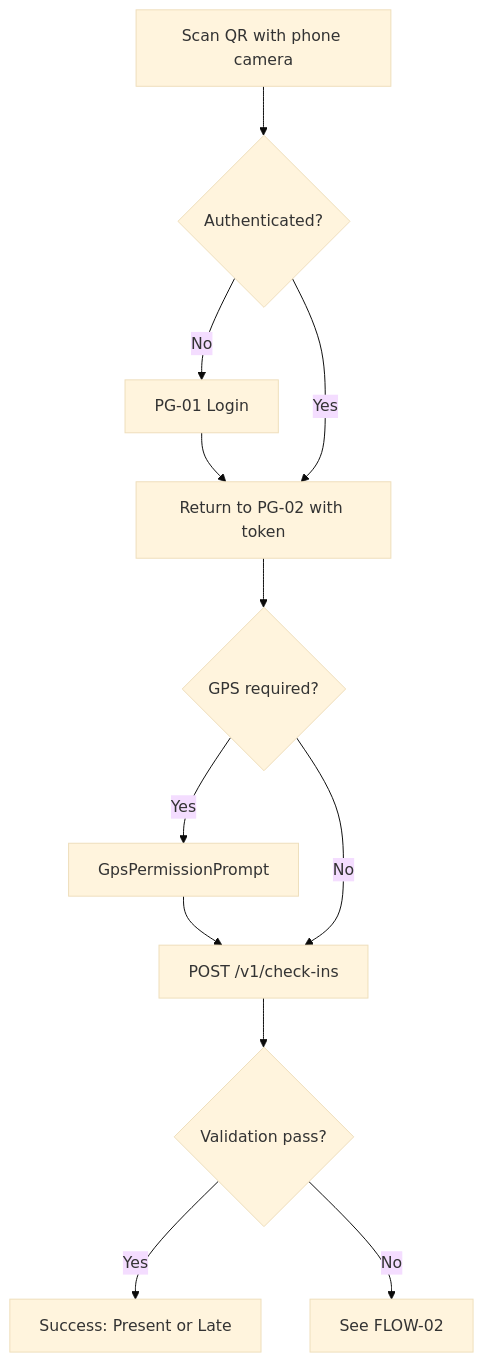
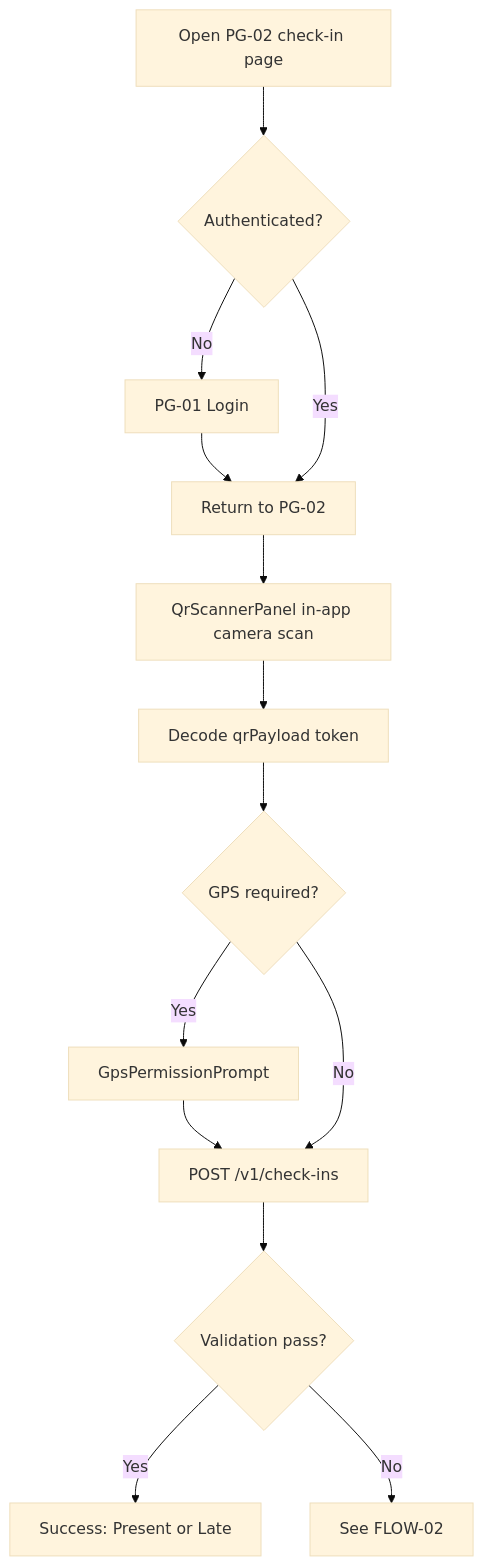
One commit to trannamtrung1st/ai-engineering-learning changed the first of 2 diagrams in projects/ai-harnessed_hesd/docs/ui-ux/10-user-flows.md. Above: the diagram before and after it, drawn with Mermaid (base theme). The commit also changed other lines of this file and 77 other files, not shown here.

````diff
--- a/projects/ai-harnessed_hesd/docs/ui-ux/10-user-flows.md
+++ b/projects/ai-harnessed_hesd/docs/ui-ux/10-user-flows.md
@@ -52,14 +52,16 @@
 ```mermaid
 flowchart TD
-  A[Scan QR with phone camera] --> B{Authenticated?}
+  A[Open PG-02 check-in page] --> B{Authenticated?}
   B -->|No| C[PG-01 Login]
-  C --> D[Return to PG-02 with token]
+  C --> D[Return to PG-02]
   B -->|Yes| D
-  D --> E{GPS required?}
-  E -->|Yes| F[GpsPermissionPrompt]
-  F --> G[POST /v1/check-ins]
-  E -->|No| G
-  G --> H{Validation pass?}
-  H -->|Yes| I[Success: Present or Late]
-  H -->|No| J[See FLOW-02]
+  D --> E[QrScannerPanel in-app camera scan]
+  E --> F[Decode qrPayload token]
+  F --> G{GPS required?}
+  G -->|Yes| H[GpsPermissionPrompt]
+  H --> I[POST /v1/check-ins]
+  G -->|No| I
+  I --> J{Validation pass?}
+  J -->|Yes| K[Success: Present or Late]
+  J -->|No| L[See FLOW-02]
 ```
````
